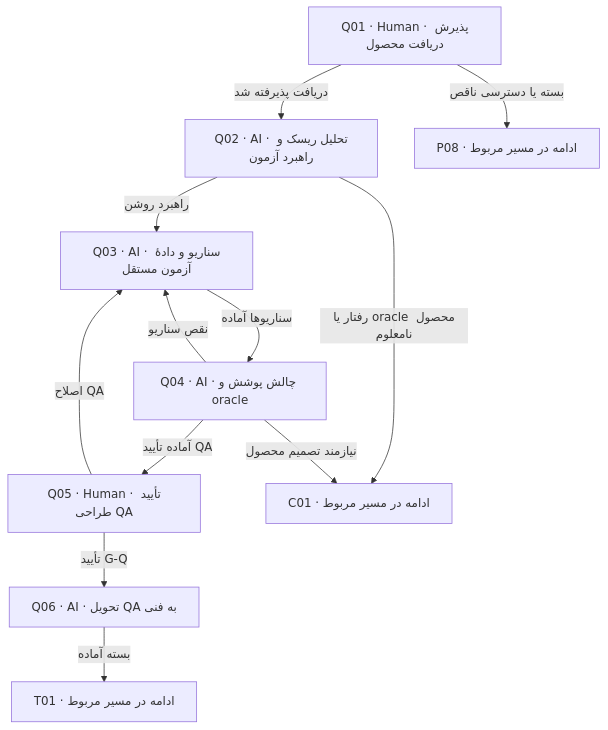
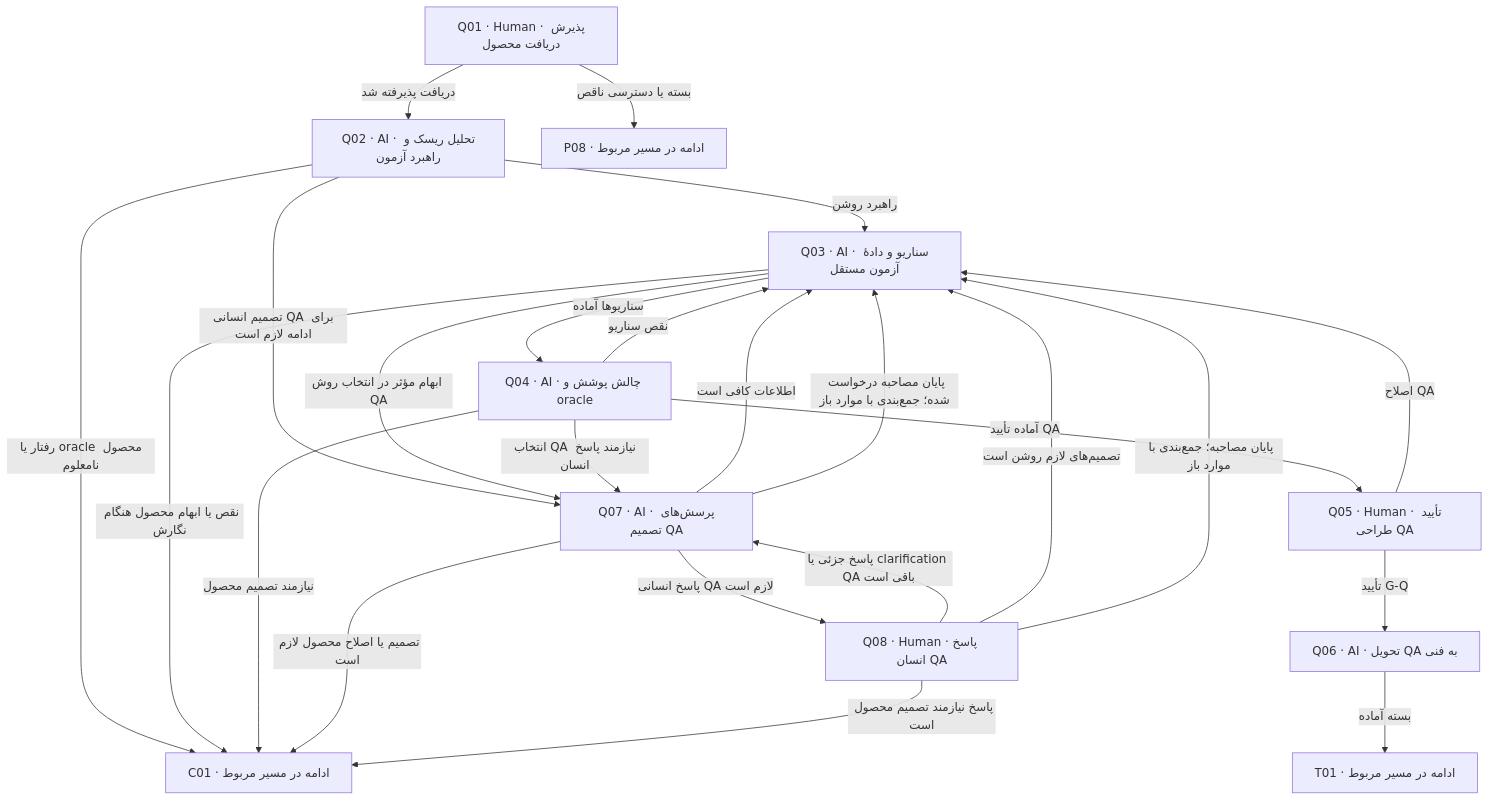
The diagram in workflows/03-qa.md (oveysrostami/product-workflow), drawn with Mermaid before and after one commit. The commit also changed other lines of this file and 51 other files, not shown here.

````diff
--- a/workflows/03-qa.md
+++ b/workflows/03-qa.md
@@ -7,23 +7,37 @@
 ```mermaid
 flowchart TD
     Q01["Q01 · Human · پذیرش دریافت محصول"]
     Q02["Q02 · AI · تحلیل ریسک و راهبرد آزمون"]
     Q03["Q03 · AI · سناریو و دادهٔ آزمون مستقل"]
     Q04["Q04 · AI · چالش پوشش و oracle"]
     Q05["Q05 · Human · تأیید طراحی QA"]
     Q06["Q06 · AI · تحویل QA به فنی"]
+    Q07["Q07 · AI · پرسش‌های تصمیم QA"]
+    Q08["Q08 · Human · پاسخ انسان QA"]
     C01["C01 · ادامه در مسیر مربوط"]
     P08["P08 · ادامه در مسیر مربوط"]
     T01["T01 · ادامه در مسیر مربوط"]
     Q01 -->|"دریافت پذیرفته شد"| Q02
     Q01 -->|"بسته یا دسترسی ناقص"| P08
     Q02 -->|"راهبرد روشن"| Q03
     Q02 -->|"رفتار یا oracle محصول نامعلوم"| C01
+    Q02 -->|"تصمیم انسانی QA برای ادامه لازم است"| Q07
     Q03 -->|"سناریوها آماده"| Q04
+    Q03 -->|"ابهام مؤثر در انتخاب روش QA"| Q07
+    Q03 -->|"نقص یا ابهام محصول هنگام نگارش"| C01
     Q04 -->|"نقص سناریو"| Q03
     Q04 -->|"نیازمند تصمیم محصول"| C01
     Q04 -->|"آماده تأیید QA"| Q05
+    Q04 -->|"انتخاب QA نیازمند پاسخ انسان"| Q07
     Q05 -->|"تأیید G-Q"| Q06
     Q05 -->|"اصلاح QA"| Q03
     Q06 -->|"بسته آماده"| T01
+    Q07 -->|"پاسخ انسانی QA لازم است"| Q08
+    Q07 -->|"اطلاعات کافی است"| Q03
+    Q07 -->|"پایان مصاحبه درخواست شده؛ جمع‌بندی با موارد باز"| Q03
+    Q07 -->|"تصمیم یا اصلاح محصول لازم است"| C01
+    Q08 -->|"پاسخ جزئی یا clarification QA باقی است"| Q07
+    Q08 -->|"تصمیم‌های لازم روشن است"| Q03
+    Q08 -->|"پایان مصاحبه؛ جمع‌بندی با موارد باز"| Q03
+    Q08 -->|"پاسخ نیازمند تصمیم محصول است"| C01
 ```
````
